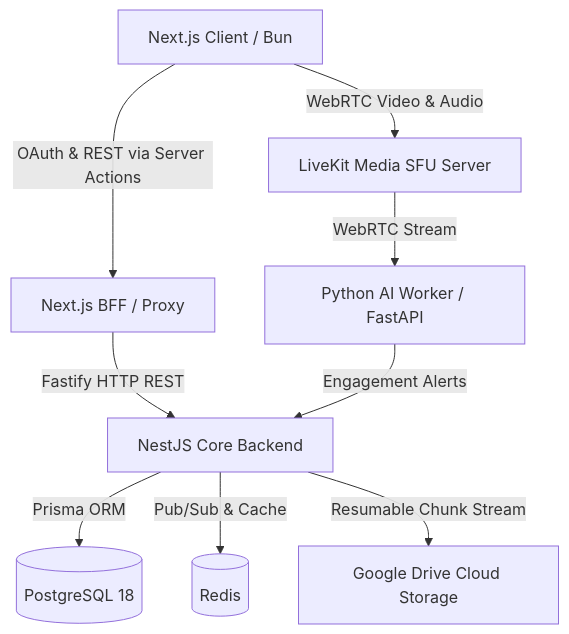
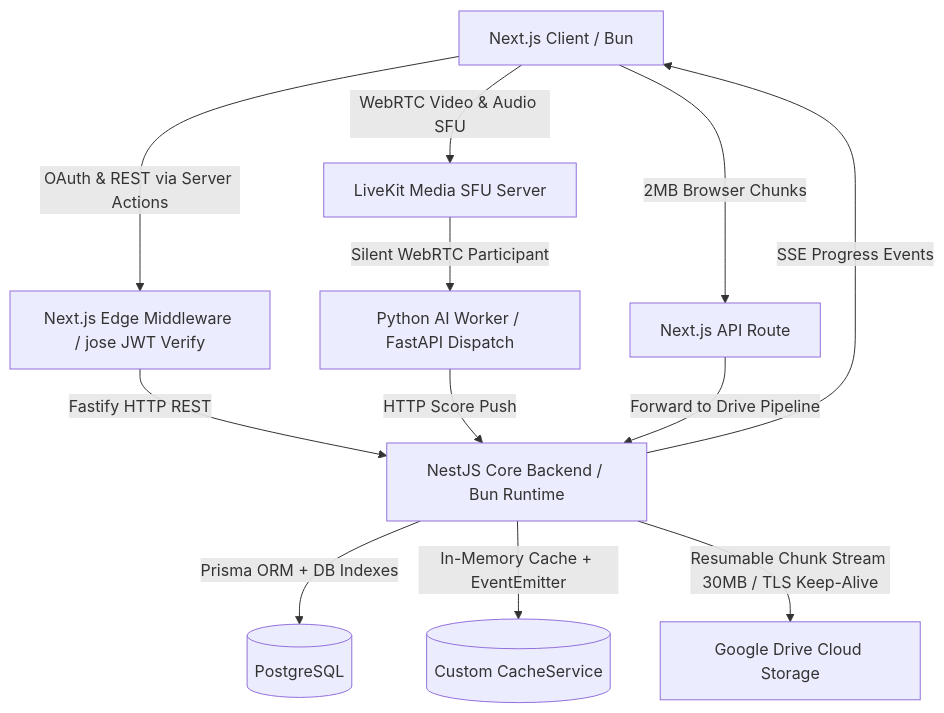
The diagram in README.md (anasabdelhakim/neuromeet-core), drawn with Mermaid before and after one commit. The commit also changed other lines of this file, not shown here.

````diff
--- a/README.md
+++ b/README.md
@@ -134,11 +146,14 @@
 ```mermaid
 graph TD
-    Client[Next.js Client / Bun] -->|OAuth & REST via Server Actions| BFF[Next.js BFF / Proxy]
-    Client -->|WebRTC Video & Audio| LiveKit[LiveKit Media SFU Server]
-    BFF -->|Fastify HTTP REST| Backend[NestJS Core Backend]
-    Backend -->|Prisma ORM| DB[(PostgreSQL 18)]
-    Backend -->|Pub/Sub & Cache| Redis[(Redis)]
-    LiveKit -->|WebRTC Stream| AIBot[Python AI Worker / FastAPI]
-    AIBot -->|Engagement Alerts| Backend
-    Backend -->|Resumable Chunk Stream| GDrive[Google Drive Cloud Storage]
+    Client[Next.js Client / Bun] -->|OAuth & REST via Server Actions| BFF[Next.js Edge Middleware / jose JWT Verify]
+    BFF -->|Fastify HTTP REST| Backend[NestJS Core Backend / Bun Runtime]
+    Client -->|WebRTC Video & Audio SFU| LiveKit[LiveKit Media SFU Server]
+    Backend -->|Prisma ORM + DB Indexes| DB[(PostgreSQL)]
+    Backend -->|In-Memory Cache + EventEmitter| Cache[(Custom CacheService)]
+    LiveKit -->|Silent WebRTC Participant| AIBot[Python AI Worker / FastAPI Dispatch]
+    AIBot -->|HTTP Score Push| Backend
+    Backend -->|SSE Progress Events| Client
+    Backend -->|Resumable Chunk Stream 30MB / TLS Keep-Alive| GDrive[Google Drive Cloud Storage]
+    Client -->|2MB Browser Chunks| APIRoute[Next.js API Route]
+    APIRoute -->|Forward to Drive Pipeline| Backend
 ```
````
